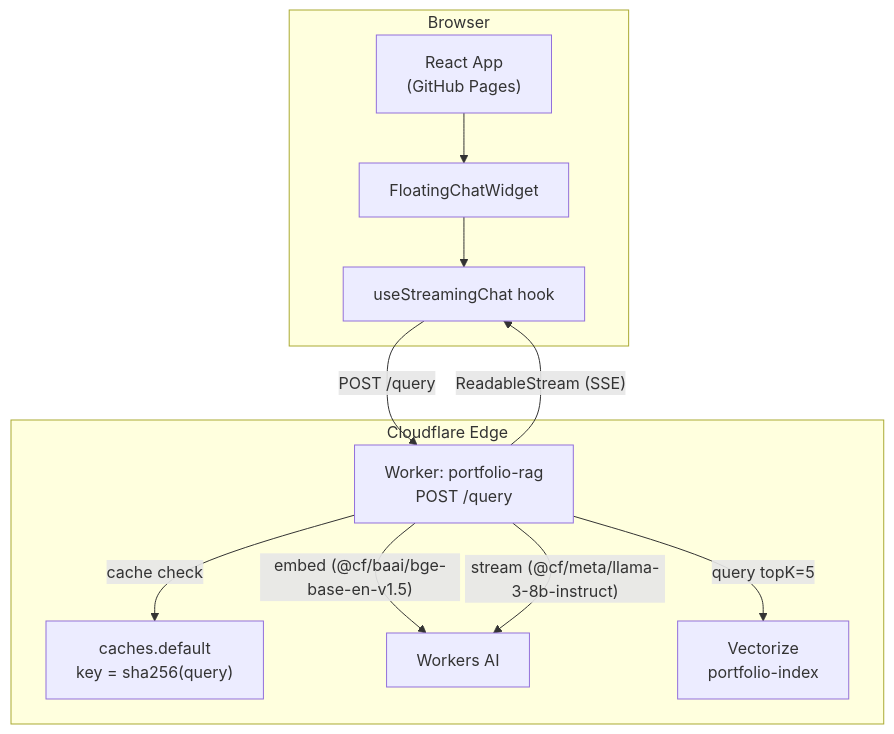
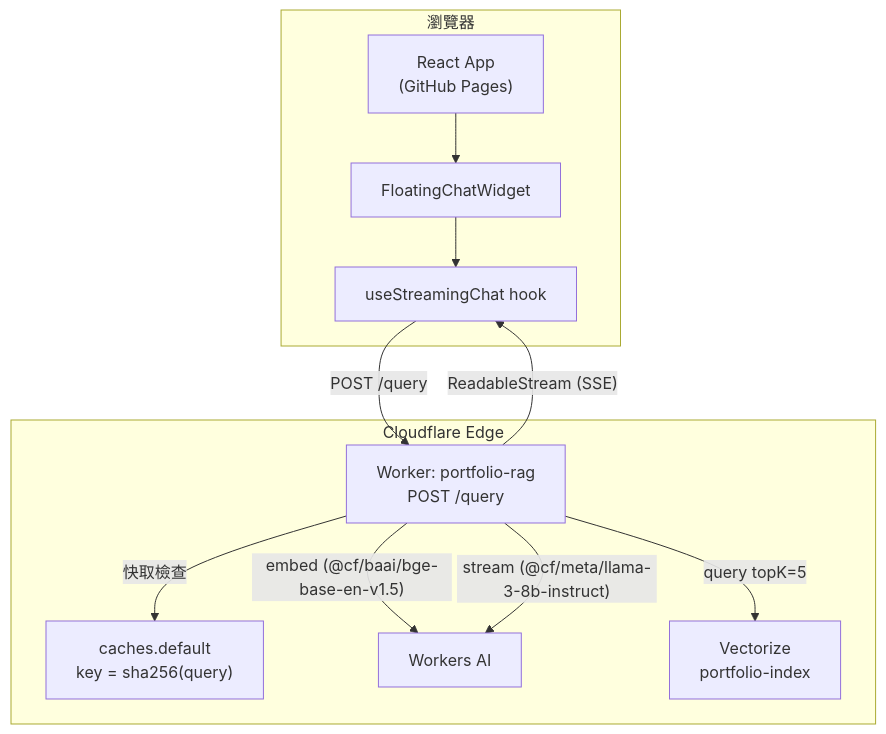
Before and after one commit to a920604a/self-reusme-website: the first of 7 diagrams in docs/architecture.md, drawn with Mermaid. The commit also changed other lines of this file, not shown here.

Commit message:
feat: enhance architecture documentation with detailed component diagrams and data flow

````diff
--- a/docs/architecture.md
+++ b/docs/architecture.md
@@ -7,24 +7,24 @@
 ```mermaid
 graph TB
-    subgraph Browser["Browser"]
+    subgraph Browser["瀏覽器"]
         UI["React App\n(GitHub Pages)"]
         Widget["FloatingChatWidget"]
         Hook["useStreamingChat hook"]
         UI --> Widget --> Hook
     end
 
     subgraph CF["Cloudflare Edge"]
         Worker["Worker: portfolio-rag\nPOST /query"]
         Cache["caches.default\nkey = sha256(query)"]
         AI["Workers AI"]
         VZ["Vectorize\nportfolio-index"]
 
-        Worker -- "cache check" --> Cache
+        Worker -- "快取檢查" --> Cache
         Worker -- "embed (@cf/baai/bge-base-en-v1.5)" --> AI
         Worker -- "query topK=5" --> VZ
         Worker -- "stream (@cf/meta/llama-3-8b-instruct)" --> AI
     end
 
     Hook -- "POST /query" --> Worker
     Worker -- "ReadableStream (SSE)" --> Hook
 ```
````
